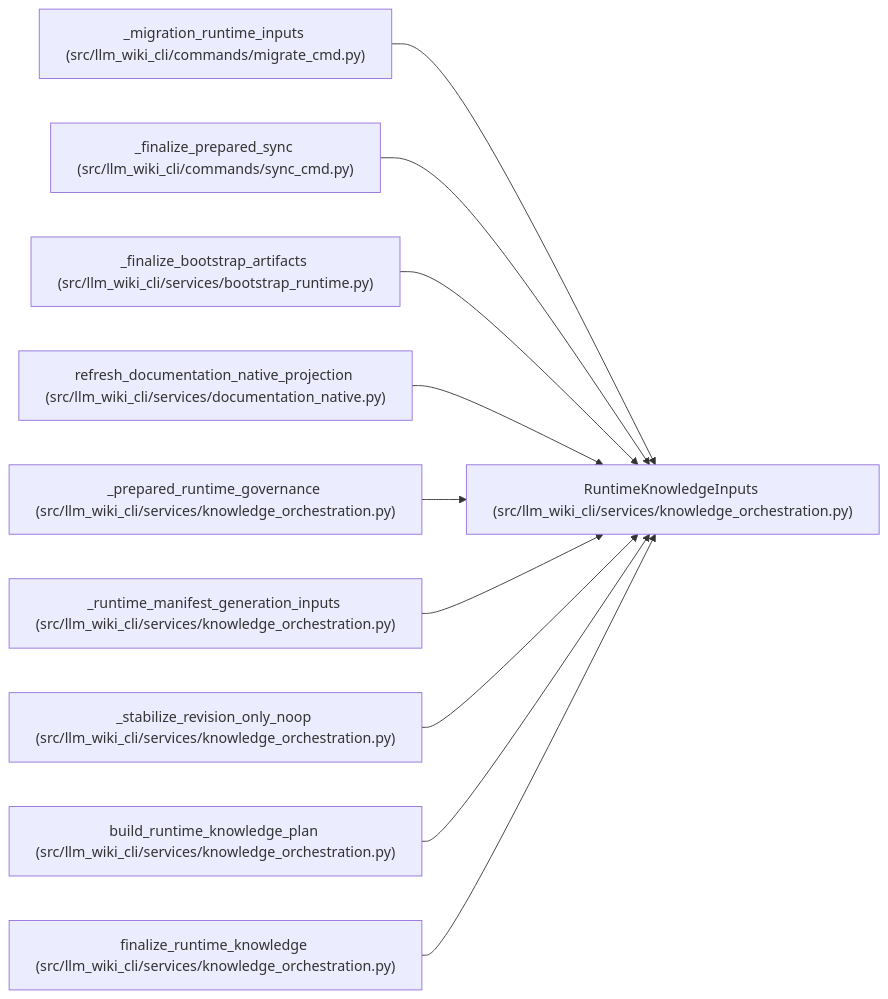
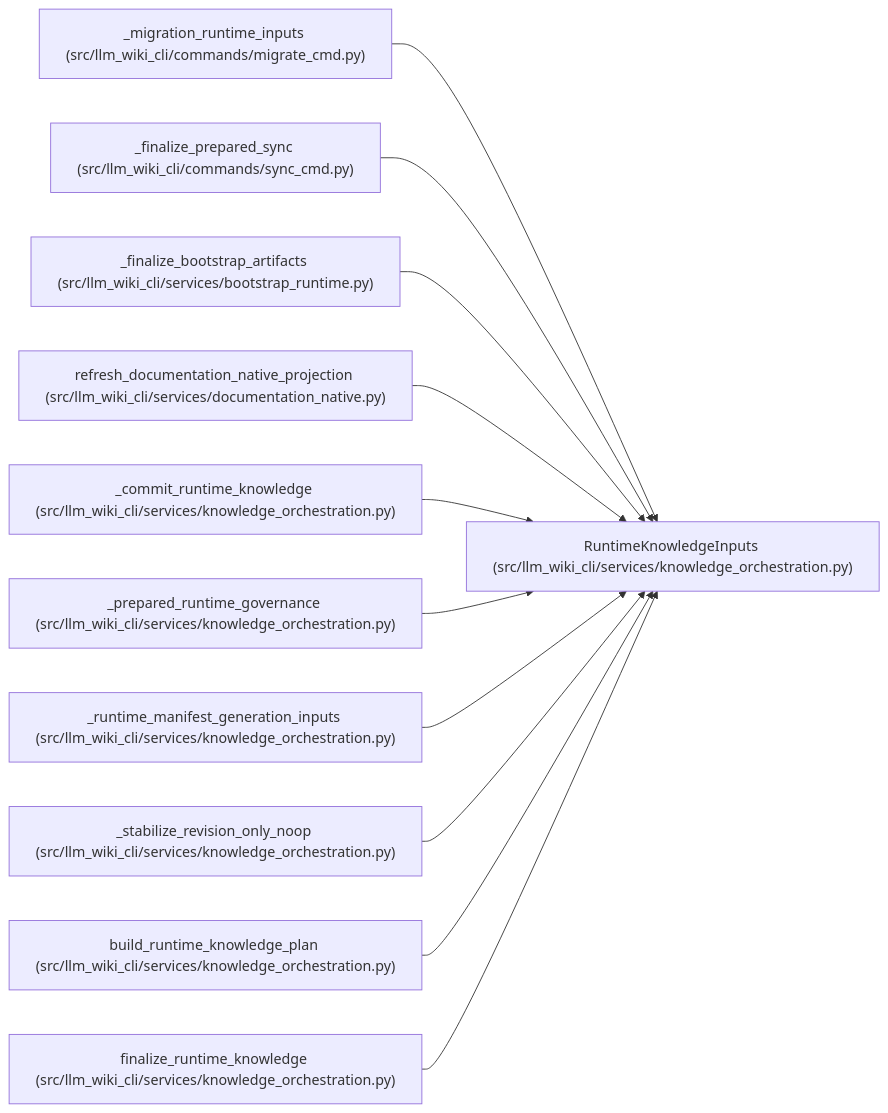
Before and after one commit to Denissvgn/python-wiki-llm: the diagram in docs/llm_wiki/entities/RuntimeKnowledgeInputs.md, drawn with Mermaid. The commit also changed other lines of this file and 240 other files, not shown here.

Commit message:
docs: refresh wiki for validated runtime updates

````diff
--- a/docs/llm_wiki/entities/RuntimeKnowledgeInputs.md
+++ b/docs/llm_wiki/entities/RuntimeKnowledgeInputs.md
@@ -60,32 +62,35 @@
 ```mermaid
 flowchart LR
     n0["RuntimeKnowledgeInputs (src/llm_wiki_cli/services/knowledge_orchestration.py)"]
     n1["_migration_runtime_inputs (src/llm_wiki_cli/commands/migrate_cmd.py)"]
     n2["_finalize_prepared_sync (src/llm_wiki_cli/commands/sync_cmd.py)"]
     n3["_finalize_bootstrap_artifacts (src/llm_wiki_cli/services/bootstrap_runtime.py)"]
     n4["refresh_documentation_native_projection (src/llm_wiki_cli/services/documentation_native.py)"]
-    n5["_prepared_runtime_governance (src/llm_wiki_cli/services/knowledge_orchestration.py)"]
-    n6["_runtime_manifest_generation_inputs (src/llm_wiki_cli/services/knowledge_orchestration.py)"]
-    n7["_stabilize_revision_only_noop (src/llm_wiki_cli/services/knowledge_orchestration.py)"]
-    n8["build_runtime_knowledge_plan (src/llm_wiki_cli/services/knowledge_orchestration.py)"]
-    n9["finalize_runtime_knowledge (src/llm_wiki_cli/services/knowledge_orchestration.py)"]
+    n5["_commit_runtime_knowledge (src/llm_wiki_cli/services/knowledge_orchestration.py)"]
+    n6["_prepared_runtime_governance (src/llm_wiki_cli/services/knowledge_orchestration.py)"]
+    n7["_runtime_manifest_generation_inputs (src/llm_wiki_cli/services/knowledge_orchestration.py)"]
+    n8["_stabilize_revision_only_noop (src/llm_wiki_cli/services/knowledge_orchestration.py)"]
+    n9["build_runtime_knowledge_plan (src/llm_wiki_cli/services/knowledge_orchestration.py)"]
+    n10["finalize_runtime_knowledge (src/llm_wiki_cli/services/knowledge_orchestration.py)"]
     n1 --> n0
     n2 --> n0
     n3 --> n0
     n4 --> n0
     n5 --> n0
     n6 --> n0
     n7 --> n0
     n8 --> n0
     n9 --> n0
+    n10 --> n0
     click n0 "../modules/knowledge_orchestration.md"
     click n1 "../modules/migrate_cmd.md"
     click n2 "../modules/sync_cmd.md"
     click n3 "../modules/bootstrap_runtime.md"
     click n4 "../modules/documentation_native.md"
     click n5 "../modules/knowledge_orchestration.md"
     click n6 "../modules/knowledge_orchestration.md"
     click n7 "../modules/knowledge_orchestration.md"
     click n8 "../modules/knowledge_orchestration.md"
     click n9 "../modules/knowledge_orchestration.md"
+    click n10 "../modules/knowledge_orchestration.md"
 ```
````
